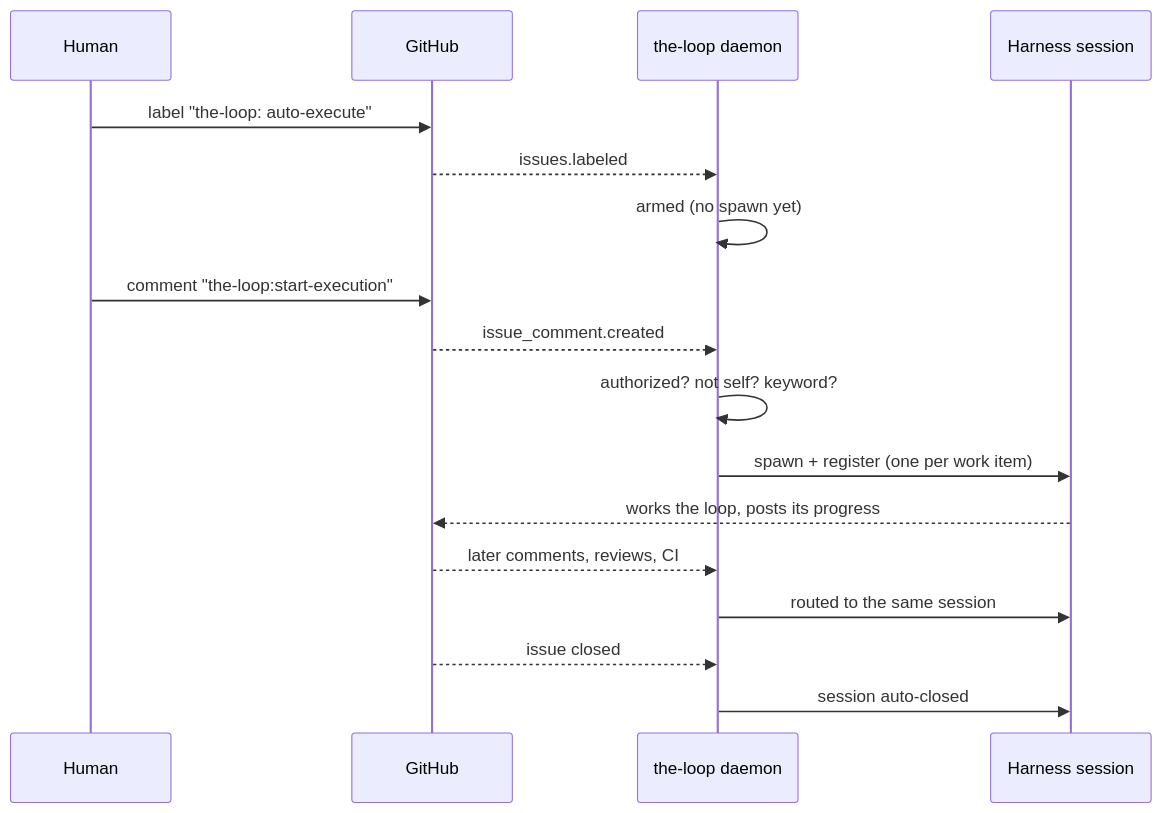
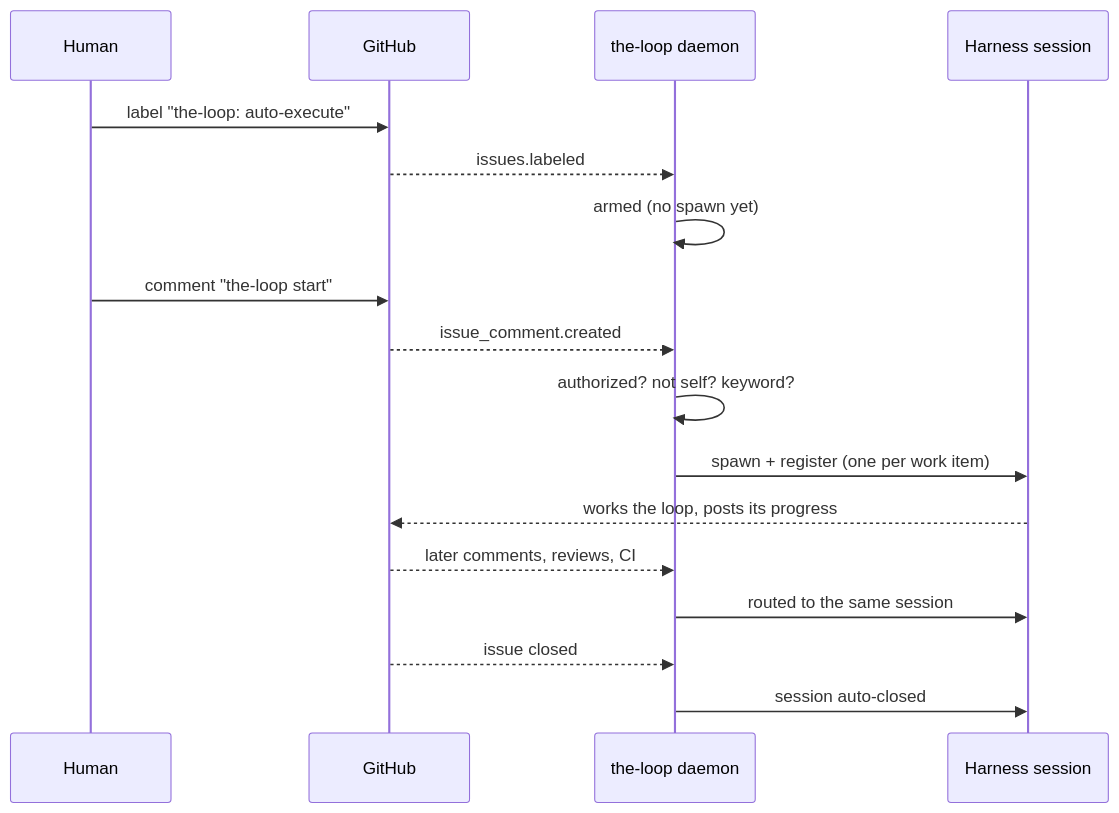
One commit to MadaraUchiha-314/the-loop changed the diagram in docs/cli/getting-started.md. Above: the diagram before and after it, drawn with Mermaid. The commit also changed other lines of this file and 18 other files, not shown here.

````diff
--- a/docs/cli/getting-started.md
+++ b/docs/cli/getting-started.md
@@ -171,20 +171,20 @@
 ```mermaid
 sequenceDiagram
   participant H as Human
   participant GH as GitHub
   participant D as the-loop daemon
   participant S as Harness session
 
   H->>GH: label "the-loop: auto-execute"
   GH-->>D: issues.labeled
   D->>D: armed (no spawn yet)
-  H->>GH: comment "the-loop:start-execution"
+  H->>GH: comment "the-loop start"
   GH-->>D: issue_comment.created
   D->>D: authorized? not self? keyword?
   D->>S: spawn + register (one per work item)
   S-->>GH: works the loop, posts its progress
   GH-->>D: later comments, reviews, CI
   D->>S: routed to the same session
   GH-->>D: issue closed
   D->>S: session auto-closed
 ```
````
